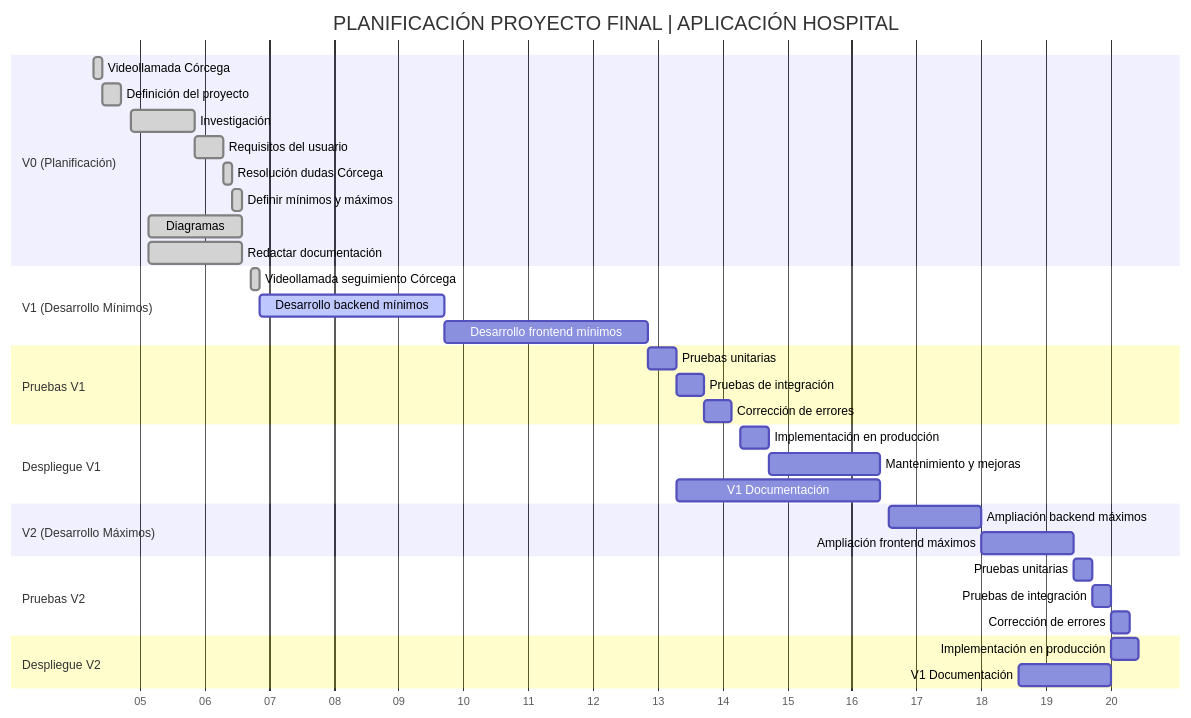
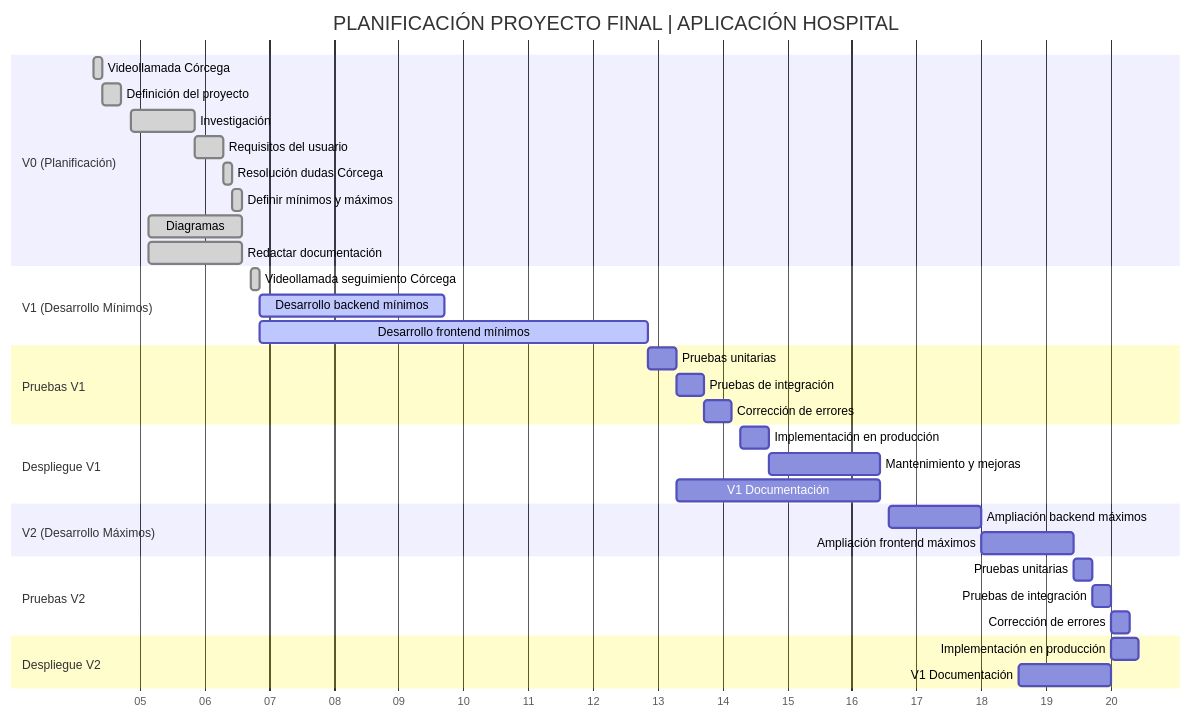
One commit to Cri4tura/Hospital-Front-end changed the first of 2 diagrams in README.md. Above: the diagram before and after it, drawn with Mermaid.

````diff
--- a/README.md
+++ b/README.md
@@ -39,44 +39,44 @@
 ```mermaid
 gantt
     title PLANIFICACIÓN PROYECTO FINAL | APLICACIÓN HOSPITAL
     dateFormat  YYYY-MM-DD
     axisFormat %W
 
     section V0 (Planificación)
     Videollamada Córcega          :done, v0a, 2025-02-04, 1d
     Definición del proyecto       :done, v0b, 2025-02-05, 2d
     Investigación                 :done, v0c, 2025-02-08, 7d
     Requisitos del usuario        :done, v0d, 2025-02-15, 3d
     Resolución dudas Córcega      :done, v0e, 2025-02-18, 1d
     Definir mínimos y máximos     :done, v0f, 2025-02-19, 1d
     Diagramas                     :done, v0g, 2025-02-10, 10d
     Redactar documentación        :done, v0h, 2025-02-10, 10d
 
     section V1 (Desarrollo Mínimos)
     Videollamada seguimiento Córcega    :done,  v1a, 2025-02-21, 1d
     Desarrollo backend mínimos          :active, v1b, after v1a, 20d
-    Desarrollo frontend mínimos         : v1c, after v1b, 2025-04-05
+    Desarrollo frontend mínimos         :active, v1c, after v1a, 2025-04-05
 
     section Pruebas V1
     Pruebas unitarias                   : des1, after v1c, 3d
     Pruebas de integración              : 3d
     Corrección de errores               : 3d
 
     section Despliegue V1
     Implementación en producción        : des4, 2025-04-15, 3d
     Mantenimiento y mejoras             : des5, 2025-04-18, 2025-04-30
     V1 Documentación                    : des6, after des1, 2025-04-30
 
     section V2 (Desarrollo Máximos)
     Ampliación backend máximos          : v2a, 2025-05-01, 10d
     Ampliación frontend máximos         : v2b, after v2a, 10d
 
     section Pruebas V2
     Pruebas unitarias                   : des7, after v2b, 2d
     Pruebas de integración              : des8, after des7, 2d
     Corrección de errores               : des9, after des8, 2d
 
     section Despliegue V2
     Implementación en producción        : des10, 2025-05-25, 3d
     V1 Documentación                    : des6, 2025-05-15, 2025-05-25
 ```
````
